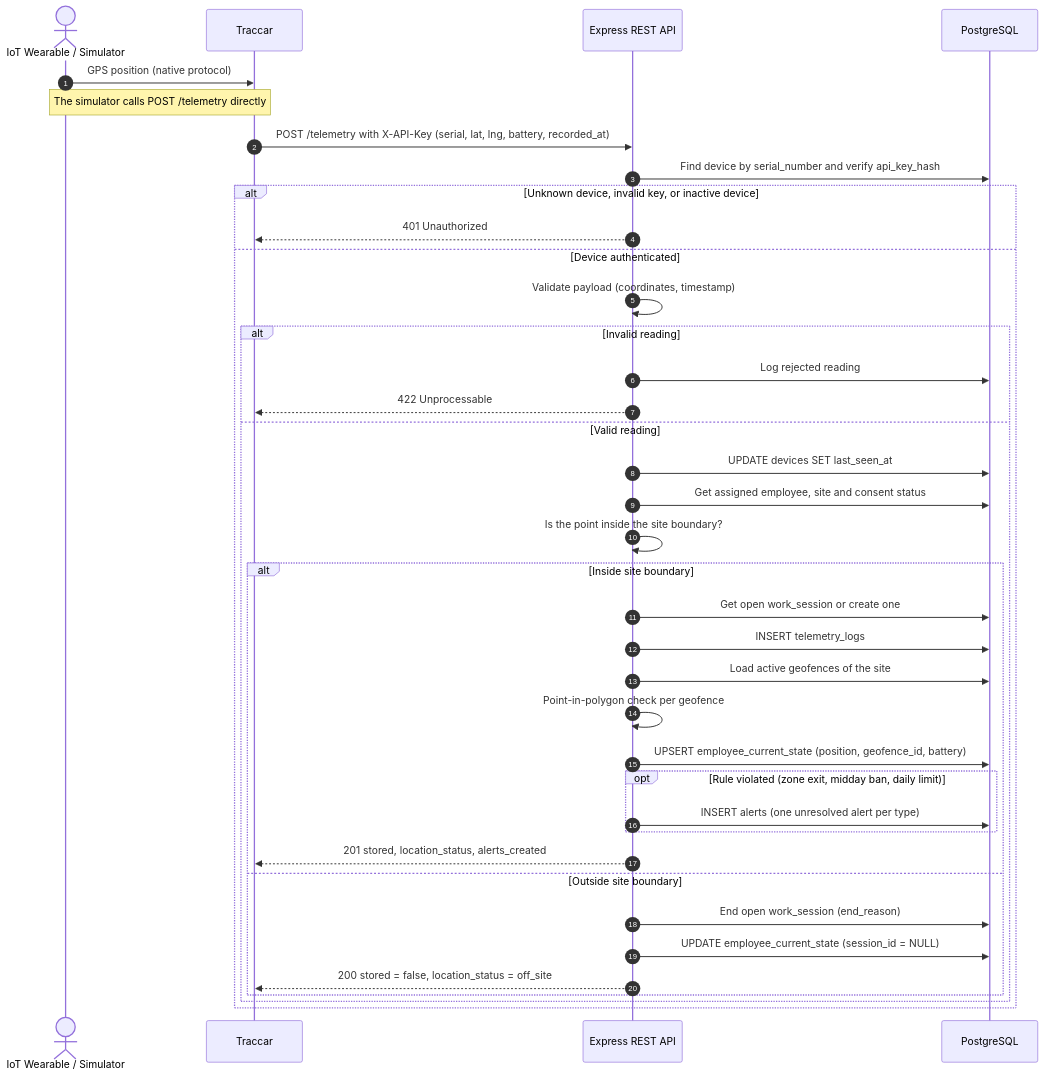
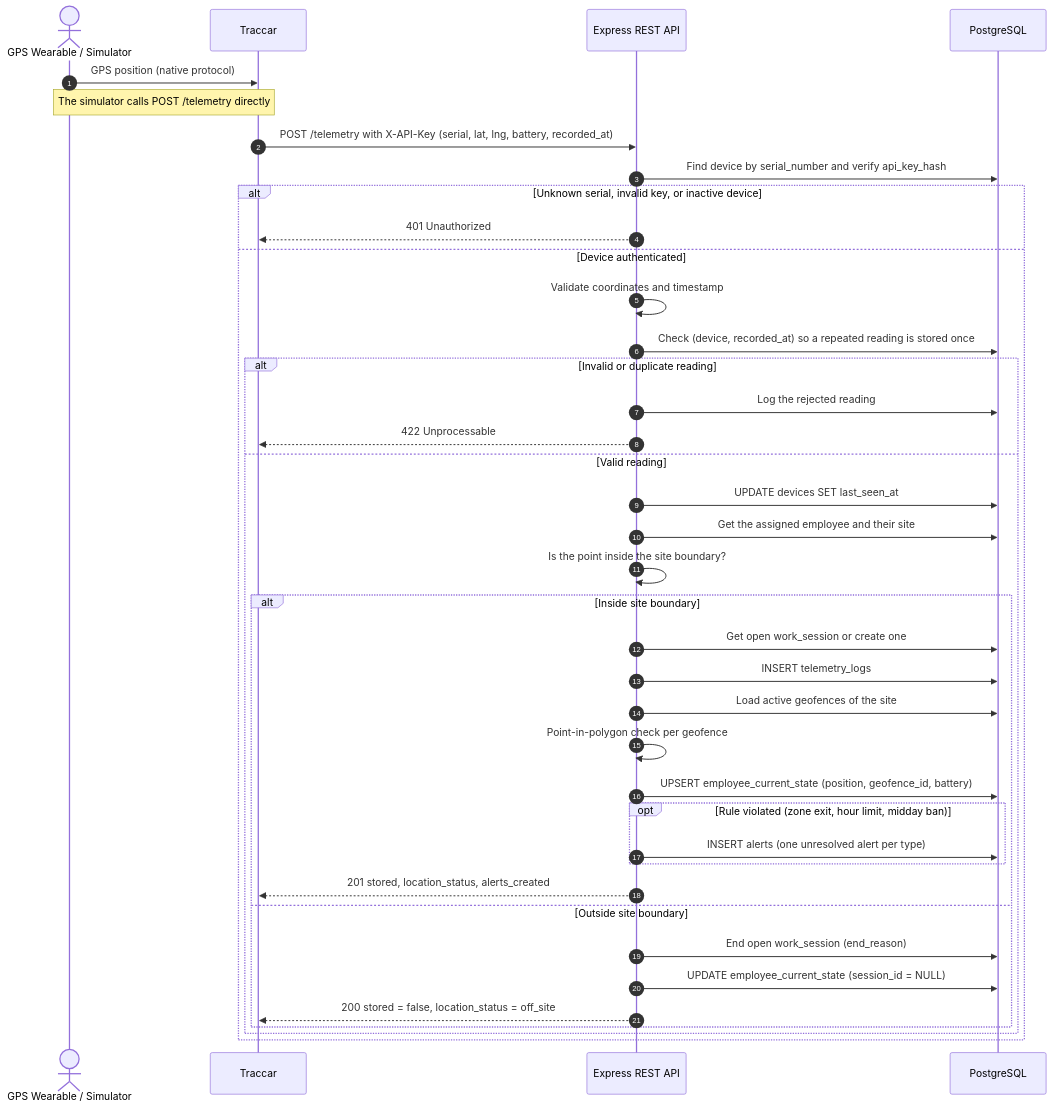
Before and after one commit to JSAbdullaH/Portfolio-Project: the seventh of 9 diagrams in Holberton-Portfolio-Project-Overview/Stage3.md, drawn with Mermaid. The commit also changed other lines of this file, not shown here.

````diff
--- a/Holberton-Portfolio-Project-Overview/Stage3.md
+++ b/Holberton-Portfolio-Project-Overview/Stage3.md
@@ -894,46 +1081,47 @@
 ```mermaid
 sequenceDiagram
     autonumber
-    actor Device as IoT Wearable / Simulator
+    actor Device as GPS Wearable / Simulator
     participant Traccar as Traccar
     participant API as Express REST API
     participant DB as PostgreSQL
-
+ 
     Device->>Traccar: GPS position (native protocol)
     Note over Device, Traccar: The simulator calls POST /telemetry directly
     Traccar->>API: POST /telemetry with X-API-Key (serial, lat, lng, battery, recorded_at)
     API->>DB: Find device by serial_number and verify api_key_hash
-    
-    alt Unknown device, invalid key, or inactive device
+ 
+    alt Unknown serial, invalid key, or inactive device
         API-->>Traccar: 401 Unauthorized
     else Device authenticated
-        API->>API: Validate payload (coordinates, timestamp)
-        
-        alt Invalid reading
-            API->>DB: Log rejected reading
+        API->>API: Validate coordinates and timestamp
+        API->>DB: Check (device, recorded_at) so a repeated reading is stored once
+ 
+        alt Invalid or duplicate reading
+            API->>DB: Log the rejected reading
             API-->>Traccar: 422 Unprocessable
         else Valid reading
             API->>DB: UPDATE devices SET last_seen_at
-            API->>DB: Get assigned employee, site and consent status
+            API->>DB: Get the assigned employee and their site
             API->>API: Is the point inside the site boundary?
-            
+ 
             alt Inside site boundary
                 API->>DB: Get open work_session or create one
                 API->>DB: INSERT telemetry_logs
                 API->>DB: Load active geofences of the site
                 API->>API: Point-in-polygon check per geofence
                 API->>DB: UPSERT employee_current_state (position, geofence_id, battery)
-                
-                opt Rule violated (zone exit, midday ban, daily limit)
+ 
+                opt Rule violated (zone exit, hour limit, midday ban)
                     API->>DB: INSERT alerts (one unresolved alert per type)
                 end
-                
+ 
                 API-->>Traccar: 201 stored, location_status, alerts_created
             else Outside site boundary
                 API->>DB: End open work_session (end_reason)
                 API->>DB: UPDATE employee_current_state (session_id = NULL)
                 API-->>Traccar: 200 stored = false, location_status = off_site
             end
         end
     end
 ```
````
